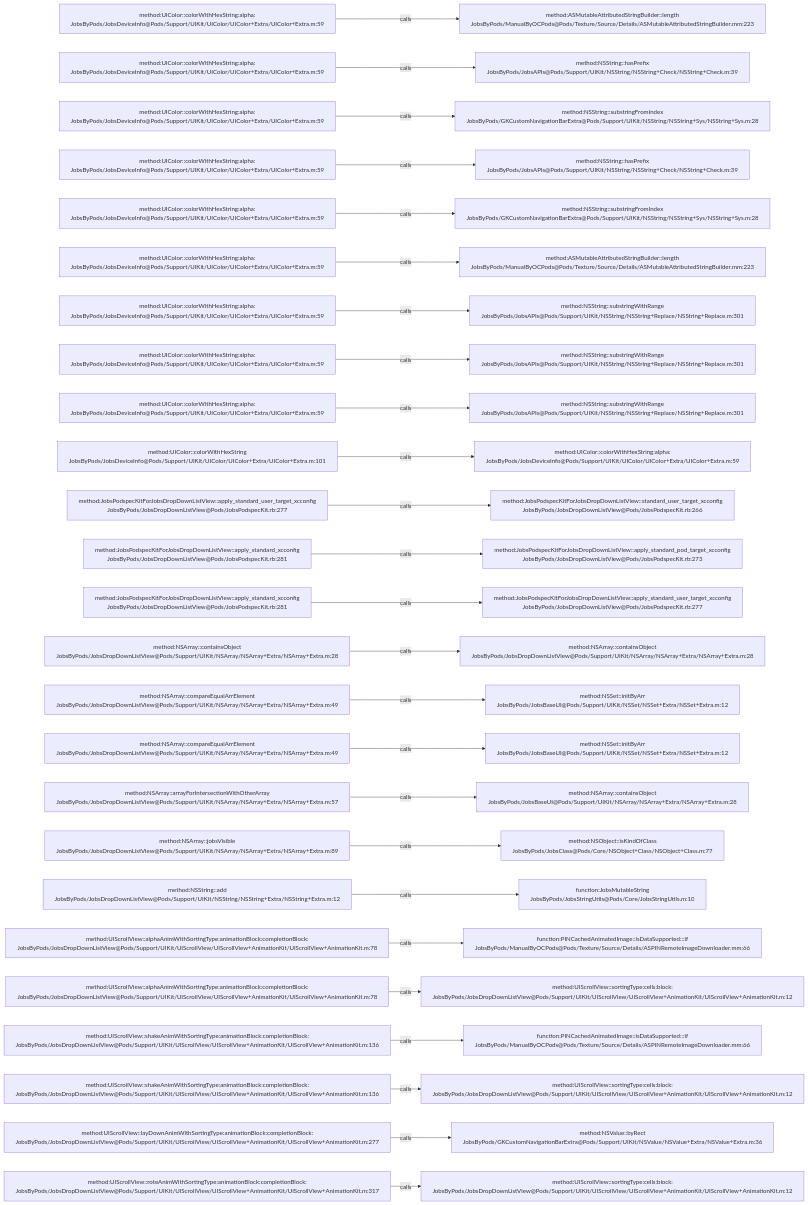
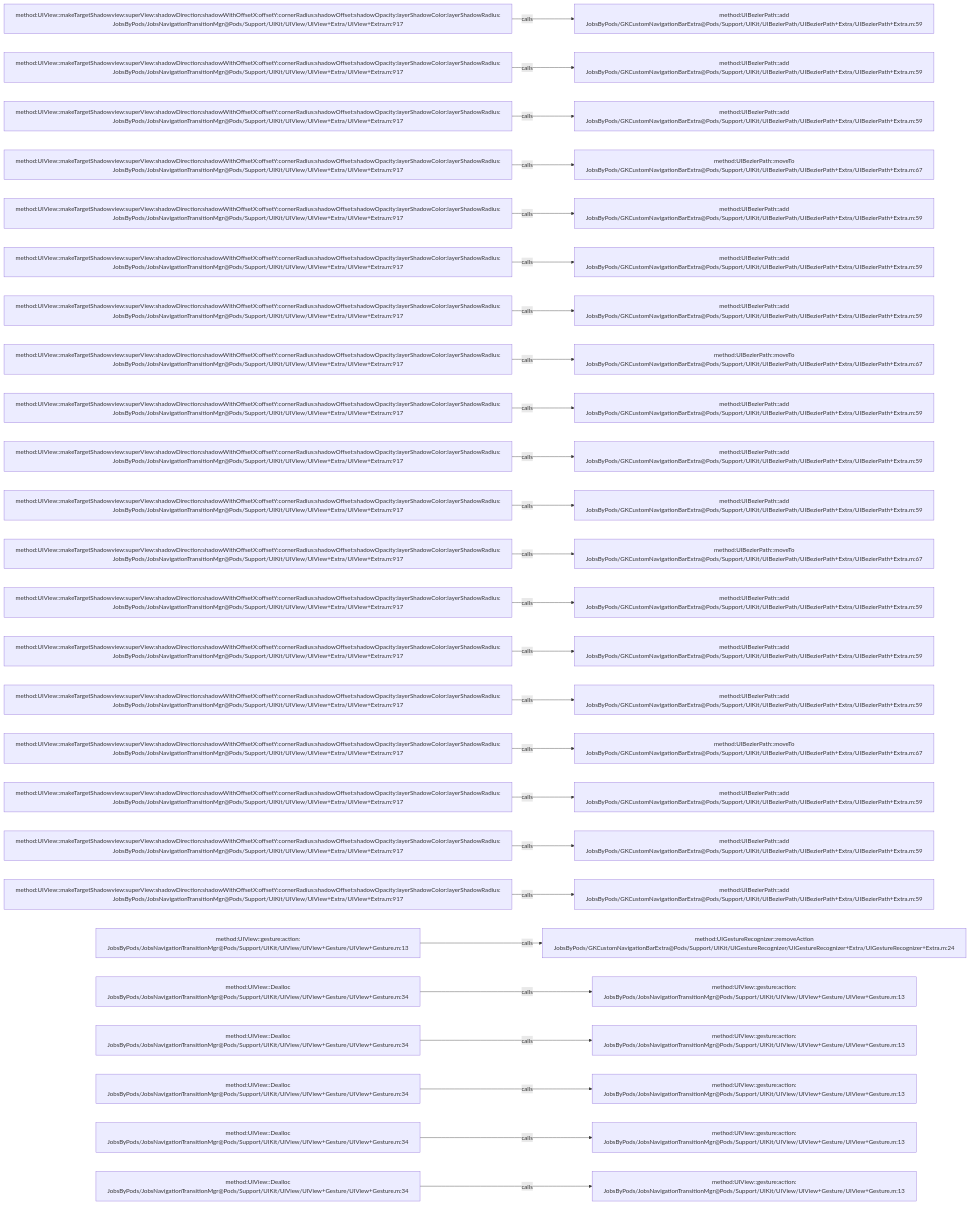
One commit to JobsKits/JobsOCBaseConfigDemo changed the diagram in .codegraph/codegraph.md/graphs/calls-092.md. Above: the diagram before and after it, drawn with Mermaid. The commit also changed 573 other files, not shown here.

````diff
--- a/.codegraph/codegraph.md/graphs/calls-092.md
+++ b/.codegraph/codegraph.md/graphs/calls-092.md
@@ -13,78 +13,78 @@
 ```mermaid
 flowchart LR
-  S1["method:UIColor::colorWithHexString:alpha:<br/>JobsByPods/JobsDeviceInfo@Pods/Support/UIKit/UIColor/UIColor+Extra/UIColor+Extra.m:59"]
-  T1["method:ASMutableAttributedStringBuilder::length<br/>JobsByPods/ManualByOCPods@Pods/Texture/Source/Details/ASMutableAttributedStringBuilder.mm:223"]
+  S1["method:UIView::makeTargetShadowview:superView:shadowDirection:shadowWithOffsetX:offsetY:cornerRadius:shadowOffset:shadowOpacity:layerShadowColor:layerShadowRadius:<br/>JobsByPods/JobsNavigationTransitionMgr@Pods/Support/UIKit/UIView/UIView+Extra/UIView+Extra.m:917"]
+  T1["method:UIBezierPath::add<br/>JobsByPods/GKCustomNavigationBarExtra@Pods/Support/UIKit/UIBezierPath/UIBezierPath+Extra/UIBezierPath+Extra.m:59"]
   S1 -->|calls| T1
-  S2["method:UIColor::colorWithHexString:alpha:<br/>JobsByPods/JobsDeviceInfo@Pods/Support/UIKit/UIColor/UIColor+Extra/UIColor+Extra.m:59"]
-  T2["method:NSString::hasPrefix<br/>JobsByPods/JobsAPIs@Pods/Support/UIKit/NSString/NSString+Check/NSString+Check.m:39"]
+  S2["method:UIView::makeTargetShadowview:superView:shadowDirection:shadowWithOffsetX:offsetY:cornerRadius:shadowOffset:shadowOpacity:layerShadowColor:layerShadowRadius:<br/>JobsByPods/JobsNavigationTransitionMgr@Pods/Support/UIKit/UIView/UIView+Extra/UIView+Extra.m:917"]
+  T2["method:UIBezierPath::add<br/>JobsByPods/GKCustomNavigationBarExtra@Pods/Support/UIKit/UIBezierPath/UIBezierPath+Extra/UIBezierPath+Extra.m:59"]
   S2 -->|calls| T2
-  S3["method:UIColor::colorWithHexString:alpha:<br/>JobsByPods/JobsDeviceInfo@Pods/Support/UIKit/UIColor/UIColor+Extra/UIColor+Extra.m:59"]
-  T3["method:NSString::substringFromIndex<br/>JobsByPods/GKCustomNavigationBarExtra@Pods/Support/UIKit/NSString/NSString+Sys/NSString+Sys.m:28"]
+  S3["method:UIView::makeTargetShadowview:superView:shadowDirection:shadowWithOffsetX:offsetY:cornerRadius:shadowOffset:shadowOpacity:layerShadowColor:layerShadowRadius:<br/>JobsByPods/JobsNavigationTransitionMgr@Pods/Support/UIKit/UIView/UIView+Extra/UIView+Extra.m:917"]
+  T3["method:UIBezierPath::add<br/>JobsByPods/GKCustomNavigationBarExtra@Pods/Support/UIKit/UIBezierPath/UIBezierPath+Extra/UIBezierPath+Extra.m:59"]
   S3 -->|calls| T3
-  S4["method:UIColor::colorWithHexString:alpha:<br/>JobsByPods/JobsDeviceInfo@Pods/Support/UIKit/UIColor/UIColor+Extra/UIColor+Extra.m:59"]
-  T4["method:NSString::hasPrefix<br/>JobsByPods/JobsAPIs@Pods/Support/UIKit/NSString/NSString+Check/NSString+Check.m:39"]
+  S4["method:UIView::makeTargetShadowview:superView:shadowDirection:shadowWithOffsetX:offsetY:cornerRadius:shadowOffset:shadowOpacity:layerShadowColor:layerShadowRadius:<br/>JobsByPods/JobsNavigationTransitionMgr@Pods/Support/UIKit/UIView/UIView+Extra/UIView+Extra.m:917"]
+  T4["method:UIBezierPath::moveTo<br/>JobsByPods/GKCustomNavigationBarExtra@Pods/Support/UIKit/UIBezierPath/UIBezierPath+Extra/UIBezierPath+Extra.m:67"]
   S4 -->|calls| T4
-  S5["method:UIColor::colorWithHexString:alpha:<br/>JobsByPods/JobsDeviceInfo@Pods/Support/UIKit/UIColor/UIColor+Extra/UIColor+Extra.m:59"]
-  T5["method:NSString::substringFromIndex<br/>JobsByPods/GKCustomNavigationBarExtra@Pods/Support/UIKit/NSString/NSString+Sys/NSString+Sys.m:28"]
+  S5["method:UIView::makeTargetShadowview:superView:shadowDirection:shadowWithOffsetX:offsetY:cornerRadius:shadowOffset:shadowOpacity:layerShadowColor:layerShadowRadius:<br/>JobsByPods/JobsNavigationTransitionMgr@Pods/Support/UIKit/UIView/UIView+Extra/UIView+Extra.m:917"]
+  T5["method:UIBezierPath::add<br/>JobsByPods/GKCustomNavigationBarExtra@Pods/Support/UIKit/UIBezierPath/UIBezierPath+Extra/UIBezierPath+Extra.m:59"]
   S5 -->|calls| T5
-  S6["method:UIColor::colorWithHexString:alpha:<br/>JobsByPods/JobsDeviceInfo@Pods/Support/UIKit/UIColor/UIColor+Extra/UIColor+Extra.m:59"]
-  T6["method:ASMutableAttributedStringBuilder::length<br/>JobsByPods/ManualByOCPods@Pods/Texture/Source/Details/ASMutableAttributedStringBuilder.mm:223"]
+  S6["method:UIView::makeTargetShadowview:superView:shadowDirection:shadowWithOffsetX:offsetY:cornerRadius:shadowOffset:shadowOpacity:layerShadowColor:layerShadowRadius:<br/>JobsByPods/JobsNavigationTransitionMgr@Pods/Support/UIKit/UIView/UIView+Extra/UIView+Extra.m:917"]
+  T6["method:UIBezierPath::add<br/>JobsByPods/GKCustomNavigationBarExtra@Pods/Support/UIKit/UIBezierPath/UIBezierPath+Extra/UIBezierPath+Extra.m:59"]
   S6 -->|calls| T6
-  S7["method:UIColor::colorWithHexString:alpha:<br/>JobsByPods/JobsDeviceInfo@Pods/Support/UIKit/UIColor/UIColor+Extra/UIColor+Extra.m:59"]
-  T7["method:NSString::substringWithRange<br/>JobsByPods/JobsAPIs@Pods/Support/UIKit/NSString/NSString+Replace/NSString+Replace.m:301"]
+  S7["method:UIView::makeTargetShadowview:superView:shadowDirection:shadowWithOffsetX:offsetY:cornerRadius:shadowOffset:shadowOpacity:layerShadowColor:layerShadowRadius:<br/>JobsByPods/JobsNavigationTransitionMgr@Pods/Support/UIKit/UIView/UIView+Extra/UIView+Extra.m:917"]
+  T7["method:UIBezierPath::add<br/>JobsByPods/GKCustomNavigationBarExtra@Pods/Support/UIKit/UIBezierPath/UIBezierPath+Extra/UIBezierPath+Extra.m:59"]
   S7 -->|calls| T7
-  S8["method:UIColor::colorWithHexString:alpha:<br/>JobsByPods/JobsDeviceInfo@Pods/Support/UIKit/UIColor/UIColor+Extra/UIColor+Extra.m:59"]
-  T8["method:NSString::substringWithRange<br/>JobsByPods/JobsAPIs@Pods/Support/UIKit/NSString/NSString+Replace/NSString+Replace.m:301"]
+  S8["method:UIView::makeTargetShadowview:superView:shadowDirection:shadowWithOffsetX:offsetY:cornerRadius:shadowOffset:shadowOpacity:layerShadowColor:layerShadowRadius:<br/>JobsByPods/JobsNavigationTransitionMgr@Pods/Support/UIKit/UIView/UIView+Extra/UIView+Extra.m:917"]
+  T8["method:UIBezierPath::moveTo<br/>JobsByPods/GKCustomNavigationBarExtra@Pods/Support/UIKit/UIBezierPath/UIBezierPath+Extra/UIBezierPath+Extra.m:67"]
   S8 -->|calls| T8
-  S9["method:UIColor::colorWithHexString:alpha:<br/>JobsByPods/JobsDeviceInfo@Pods/Support/UIKit/UIColor/UIColor+Extra/UIColor+Extra.m:59"]
-  T9["method:NSString::substringWithRange<br/>JobsByPods/JobsAPIs@Pods/Support/UIKit/NSString/NSString+Replace/NSString+Replace.m:301"]
+  S9["method:UIView::makeTargetShadowview:superView:shadowDirection:shadowWithOffsetX:offsetY:cornerRadius:shadowOffset:shadowOpacity:layerShadowColor:layerShadowRadius:<br/>JobsByPods/JobsNavigationTransitionMgr@Pods/Support/UIKit/UIView/UIView+Extra/UIView+Extra.m:917"]
+  T9["method:UIBezierPath::add<br/>JobsByPods/GKCustomNavigationBarExtra@Pods/Support/UIKit/UIBezierPath/UIBezierPath+Extra/UIBezierPath+Extra.m:59"]
   S9 -->|calls| T9
-  S10["method:UIColor::colorWithHexString<br/>JobsByPods/JobsDeviceInfo@Pods/Support/UIKit/UIColor/UIColor+Extra/UIColor+Extra.m:101"]
-  T10["method:UIColor::colorWithHexString:alpha:<br/>JobsByPods/JobsDeviceInfo@Pods/Support/UIKit/UIColor/UIColor+Extra/UIColor+Extra.m:59"]
+  S10["method:UIView::makeTargetShadowview:superView:shadowDirection:shadowWithOffsetX:offsetY:cornerRadius:shadowOffset:shadowOpacity:layerShadowColor:layerShadowRadius:<br/>JobsByPods/JobsNavigationTransitionMgr@Pods/Support/UIKit/UIView/UIView+Extra/UIView+Extra.m:917"]
+  T10["method:UIBezierPath::add<br/>JobsByPods/GKCustomNavigationBarExtra@Pods/Support/UIKit/UIBezierPath/UIBezierPath+Extra/UIBezierPath+Extra.m:59"]
   S10 -->|calls| T10
-  S11["method:JobsPodspecKitForJobsDropDownListView::apply_standard_user_target_xcconfig<br/>JobsByPods/JobsDropDownListView@Pods/JobsPodspecKit.rb:277"]
-  T11["method:JobsPodspecKitForJobsDropDownListView::standard_user_target_xcconfig<br/>JobsByPods/JobsDropDownListView@Pods/JobsPodspecKit.rb:266"]
+  S11["method:UIView::makeTargetShadowview:superView:shadowDirection:shadowWithOffsetX:offsetY:cornerRadius:shadowOffset:shadowOpacity:layerShadowColor:layerShadowRadius:<br/>JobsByPods/JobsNavigationTransitionMgr@Pods/Support/UIKit/UIView/UIView+Extra/UIView+Extra.m:917"]
+  T11["method:UIBezierPath::add<br/>JobsByPods/GKCustomNavigationBarExtra@Pods/Support/UIKit/UIBezierPath/UIBezierPath+Extra/UIBezierPath+Extra.m:59"]
   S11 -->|calls| T11
-  S12["method:JobsPodspecKitForJobsDropDownListView::apply_standard_xcconfig<br/>JobsByPods/JobsDropDownListView@Pods/JobsPodspecKit.rb:281"]
-  T12["method:JobsPodspecKitForJobsDropDownListView::apply_standard_pod_target_xcconfig<br/>JobsByPods/JobsDropDownListView@Pods/JobsPodspecKit.rb:273"]
+  S12["method:UIView::makeTargetShadowview:superView:shadowDirection:shadowWithOffsetX:offsetY:cornerRadius:shadowOffset:shadowOpacity:layerShadowColor:layerShadowRadius:<br/>JobsByPods/JobsNavigationTransitionMgr@Pods/Support/UIKit/UIView/UIView+Extra/UIView+Extra.m:917"]
+  T12["method:UIBezierPath::moveTo<br/>JobsByPods/GKCustomNavigationBarExtra@Pods/Support/UIKit/UIBezierPath/UIBezierPath+Extra/UIBezierPath+Extra.m:67"]
   S12 -->|calls| T12
-  S13["method:JobsPodspecKitForJobsDropDownListView::apply_standard_xcconfig<br/>JobsByPods/JobsDropDownListView@Pods/JobsPodspecKit.rb:281"]
-  T13["method:JobsPodspecKitForJobsDropDownListView::apply_standard_user_target_xcconfig<br/>JobsByPods/JobsDropDownListView@Pods/JobsPodspecKit.rb:277"]
+  S13["method:UIView::makeTargetShadowview:superView:shadowDirection:shadowWithOffsetX:offsetY:cornerRadius:shadowOffset:shadowOpacity:layerShadowColor:layerShadowRadius:<br/>JobsByPods/JobsNavigationTransitionMgr@Pods/Support/UIKit/UIView/UIView+Extra/UIView+Extra.m:917"]
+  T13["method:UIBezierPath::add<br/>JobsByPods/GKCustomNavigationBarExtra@Pods/Support/UIKit/UIBezierPath/UIBezierPath+Extra/UIBezierPath+Extra.m:59"]
   S13 -->|calls| T13
-  S14["method:NSArray::containsObject<br/>JobsByPods/JobsDropDownListView@Pods/Support/UIKit/NSArray/NSArray+Extra/NSArray+Extra.m:28"]
-  T14["method:NSArray::containsObject<br/>JobsByPods/JobsDropDownListView@Pods/Support/UIKit/NSArray/NSArray+Extra/NSArray+Extra.m:28"]
+  S14["method:UIView::makeTargetShadowview:superView:shadowDirection:shadowWithOffsetX:offsetY:cornerRadius:shadowOffset:shadowOpacity:layerShadowColor:layerShadowRadius:<br/>JobsByPods/JobsNavigationTransitionMgr@Pods/Support/UIKit/UIView/UIView+Extra/UIView+Extra.m:917"]
+  T14["method:UIBezierPath::add<br/>JobsByPods/GKCustomNavigationBarExtra@Pods/Support/UIKit/UIBezierPath/UIBezierPath+Extra/UIBezierPath+Extra.m:59"]
   S14 -->|calls| T14
-  S15["method:NSArray::compareEqualArrElement<br/>JobsByPods/JobsDropDownListView@Pods/Support/UIKit/NSArray/NSArray+Extra/NSArray+Extra.m:49"]
-  T15["method:NSSet::initByArr<br/>JobsByPods/JobsBaseUI@Pods/Support/UIKit/NSSet/NSSet+Extra/NSSet+Extra.m:12"]
+  S15["method:UIView::makeTargetShadowview:superView:shadowDirection:shadowWithOffsetX:offsetY:cornerRadius:shadowOffset:shadowOpacity:layerShadowColor:layerShadowRadius:<br/>JobsByPods/JobsNavigationTransitionMgr@Pods/Support/UIKit/UIView/UIView+Extra/UIView+Extra.m:917"]
+  T15["method:UIBezierPath::add<br/>JobsByPods/GKCustomNavigationBarExtra@Pods/Support/UIKit/UIBezierPath/UIBezierPath+Extra/UIBezierPath+Extra.m:59"]
   S15 -->|calls| T15
-  S16["method:NSArray::compareEqualArrElement<br/>JobsByPods/JobsDropDownListView@Pods/Support/UIKit/NSArray/NSArray+Extra/NSArray+Extra.m:49"]
-  T16["method:NSSet::initByArr<br/>JobsByPods/JobsBaseUI@Pods/Support/UIKit/NSSet/NSSet+Extra/NSSet+Extra.m:12"]
+  S16["method:UIView::makeTargetShadowview:superView:shadowDirection:shadowWithOffsetX:offsetY:cornerRadius:shadowOffset:shadowOpacity:layerShadowColor:layerShadowRadius:<br/>JobsByPods/JobsNavigationTransitionMgr@Pods/Support/UIKit/UIView/UIView+Extra/UIView+Extra.m:917"]
+  T16["method:UIBezierPath::moveTo<br/>JobsByPods/GKCustomNavigationBarExtra@Pods/Support/UIKit/UIBezierPath/UIBezierPath+Extra/UIBezierPath+Extra.m:67"]
   S16 -->|calls| T16
-  S17["method:NSArray::arrayForIntersectionWithOtherArray<br/>JobsByPods/JobsDropDownListView@Pods/Support/UIKit/NSArray/NSArray+Extra/NSArray+Extra.m:57"]
-  T17["method:NSArray::containsObject<br/>JobsByPods/JobsBaseUI@Pods/Support/UIKit/NSArray/NSArray+Extra/NSArray+Extra.m:28"]
+  S17["method:UIView::makeTargetShadowview:superView:shadowDirection:shadowWithOffsetX:offsetY:cornerRadius:shadowOffset:shadowOpacity:layerShadowColor:layerShadowRadius:<br/>JobsByPods/JobsNavigationTransitionMgr@Pods/Support/UIKit/UIView/UIView+Extra/UIView+Extra.m:917"]
+  T17["method:UIBezierPath::add<br/>JobsByPods/GKCustomNavigationBarExtra@Pods/Support/UIKit/UIBezierPath/UIBezierPath+Extra/UIBezierPath+Extra.m:59"]
   S17 -->|calls| T17
-  S18["method:NSArray::jobsVisible<br/>JobsByPods/JobsDropDownListView@Pods/Support/UIKit/NSArray/NSArray+Extra/NSArray+Extra.m:89"]
-  T18["method:NSObject::isKindOfClass<br/>JobsByPods/JobsClass@Pods/Core/NSObject+Class/NSObject+Class.m:77"]
+  S18["method:UIView::makeTargetShadowview:superView:shadowDirection:shadowWithOffsetX:offsetY:cornerRadius:shadowOffset:shadowOpacity:layerShadowColor:layerShadowRadius:<br/>JobsByPods/JobsNavigationTransitionMgr@Pods/Support/UIKit/UIView/UIView+Extra/UIView+Extra.m:917"]
+  T18["method:UIBezierPath::add<br/>JobsByPods/GKCustomNavigationBarExtra@Pods/Support/UIKit/UIBezierPath/UIBezierPath+Extra/UIBezierPath+Extra.m:59"]
   S18 -->|calls| T18
-  S19["method:NSString::add<br/>JobsByPods/JobsDropDownListView@Pods/Support/UIKit/NSString/NSString+Extra/NSString+Extra.m:12"]
-  T19["function:JobsMutableString<br/>JobsByPods/JobsStringUtils@Pods/Core/JobsStringUtils.m:10"]
+  S19["method:UIView::makeTargetShadowview:superView:shadowDirection:shadowWithOffsetX:offsetY:cornerRadius:shadowOffset:shadowOpacity:layerShadowColor:layerShadowRadius:<br/>JobsByPods/JobsNavigationTransitionMgr@Pods/Support/UIKit/UIView/UIView+Extra/UIView+Extra.m:917"]
+  T19["method:UIBezierPath::add<br/>JobsByPods/GKCustomNavigationBarExtra@Pods/Support/UIKit/UIBezierPath/UIBezierPath+Extra/UIBezierPath+Extra.m:59"]
   S19 -->|calls| T19
-  S20["method:UIScrollView::alphaAnimWithSortingType:animationBlock:completionBlock:<br/>JobsByPods/JobsDropDownListView@Pods/Support/UIKit/UIScrollView/UIScrollView+AnimationKit/UIScrollView+AnimationKit.m:78"]
-  T20["function:PINCachedAnimatedImage::isDataSupported:::if<br/>JobsByPods/ManualByOCPods@Pods/Texture/Source/Details/ASPINRemoteImageDownloader.mm:66"]
+  S20["method:UIView::gesture:action:<br/>JobsByPods/JobsNavigationTransitionMgr@Pods/Support/UIKit/UIView/UIView+Gesture/UIView+Gesture.m:13"]
+  T20["method:UIGestureRecognizer::removeAction<br/>JobsByPods/GKCustomNavigationBarExtra@Pods/Support/UIKit/UIGestureRecognizer/UIGestureRecognizer+Extra/UIGestureRecognizer+Extra.m:24"]
   S20 -->|calls| T20
-  S21["method:UIScrollView::alphaAnimWithSortingType:animationBlock:completionBlock:<br/>JobsByPods/JobsDropDownListView@Pods/Support/UIKit/UIScrollView/UIScrollView+AnimationKit/UIScrollView+AnimationKit.m:78"]
-  T21["method:UIScrollView::sortingType:cells:block:<br/>JobsByPods/JobsDropDownListView@Pods/Support/UIKit/UIScrollView/UIScrollView+AnimationKit/UIScrollView+AnimationKit.m:12"]
+  S21["method:UIView::Dealloc<br/>JobsByPods/JobsNavigationTransitionMgr@Pods/Support/UIKit/UIView/UIView+Gesture/UIView+Gesture.m:34"]
+  T21["method:UIView::gesture:action:<br/>JobsByPods/JobsNavigationTransitionMgr@Pods/Support/UIKit/UIView/UIView+Gesture/UIView+Gesture.m:13"]
   S21 -->|calls| T21
-  S22["method:UIScrollView::shakeAnimWithSortingType:animationBlock:completionBlock:<br/>JobsByPods/JobsDropDownListView@Pods/Support/UIKit/UIScrollView/UIScrollView+AnimationKit/UIScrollView+AnimationKit.m:136"]
-  T22["function:PINCachedAnimatedImage::isDataSupported:::if<br/>JobsByPods/ManualByOCPods@Pods/Texture/Source/Details/ASPINRemoteImageDownloader.mm:66"]
+  S22["method:UIView::Dealloc<br/>JobsByPods/JobsNavigationTransitionMgr@Pods/Support/UIKit/UIView/UIView+Gesture/UIView+Gesture.m:34"]
+  T22["method:UIView::gesture:action:<br/>JobsByPods/JobsNavigationTransitionMgr@Pods/Support/UIKit/UIView/UIView+Gesture/UIView+Gesture.m:13"]
   S22 -->|calls| T22
-  S23["method:UIScrollView::shakeAnimWithSortingType:animationBlock:completionBlock:<br/>JobsByPods/JobsDropDownListView@Pods/Support/UIKit/UIScrollView/UIScrollView+AnimationKit/UIScrollView+AnimationKit.m:136"]
-  T23["method:UIScrollView::sortingType:cells:block:<br/>JobsByPods/JobsDropDownListView@Pods/Support/UIKit/UIScrollView/UIScrollView+AnimationKit/UIScrollView+AnimationKit.m:12"]
+  S23["method:UIView::Dealloc<br/>JobsByPods/JobsNavigationTransitionMgr@Pods/Support/UIKit/UIView/UIView+Gesture/UIView+Gesture.m:34"]
+  T23["method:UIView::gesture:action:<br/>JobsByPods/JobsNavigationTransitionMgr@Pods/Support/UIKit/UIView/UIView+Gesture/UIView+Gesture.m:13"]
   S23 -->|calls| T23
-  S24["method:UIScrollView::layDownAnimWithSortingType:animationBlock:completionBlock:<br/>JobsByPods/JobsDropDownListView@Pods/Support/UIKit/UIScrollView/UIScrollView+AnimationKit/UIScrollView+AnimationKit.m:277"]
-  T24["method:NSValue::byRect<br/>JobsByPods/GKCustomNavigationBarExtra@Pods/Support/UIKit/NSValue/NSValue+Extra/NSValue+Extra.m:36"]
+  S24["method:UIView::Dealloc<br/>JobsByPods/JobsNavigationTransitionMgr@Pods/Support/UIKit/UIView/UIView+Gesture/UIView+Gesture.m:34"]
+  T24["method:UIView::gesture:action:<br/>JobsByPods/JobsNavigationTransitionMgr@Pods/Support/UIKit/UIView/UIView+Gesture/UIView+Gesture.m:13"]
   S24 -->|calls| T24
-  S25["method:UIScrollView::roteAnimWithSortingType:animationBlock:completionBlock:<br/>JobsByPods/JobsDropDownListView@Pods/Support/UIKit/UIScrollView/UIScrollView+AnimationKit/UIScrollView+AnimationKit.m:317"]
-  T25["method:UIScrollView::sortingType:cells:block:<br/>JobsByPods/JobsDropDownListView@Pods/Support/UIKit/UIScrollView/UIScrollView+AnimationKit/UIScrollView+AnimationKit.m:12"]
+  S25["method:UIView::Dealloc<br/>JobsByPods/JobsNavigationTransitionMgr@Pods/Support/UIKit/UIView/UIView+Gesture/UIView+Gesture.m:34"]
+  T25["method:UIView::gesture:action:<br/>JobsByPods/JobsNavigationTransitionMgr@Pods/Support/UIKit/UIView/UIView+Gesture/UIView+Gesture.m:13"]
   S25 -->|calls| T25
 ```
````
